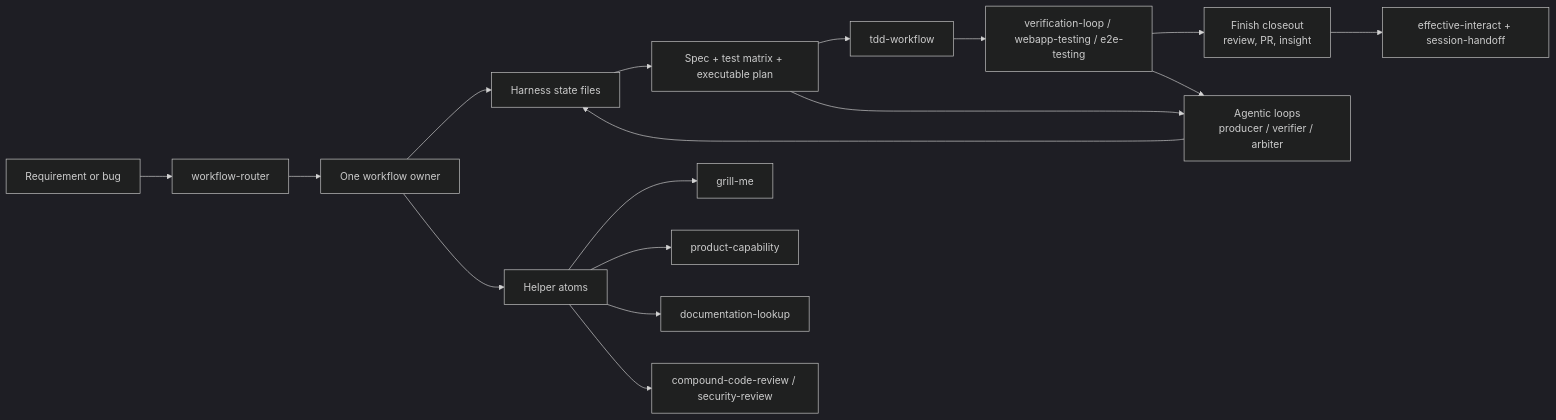
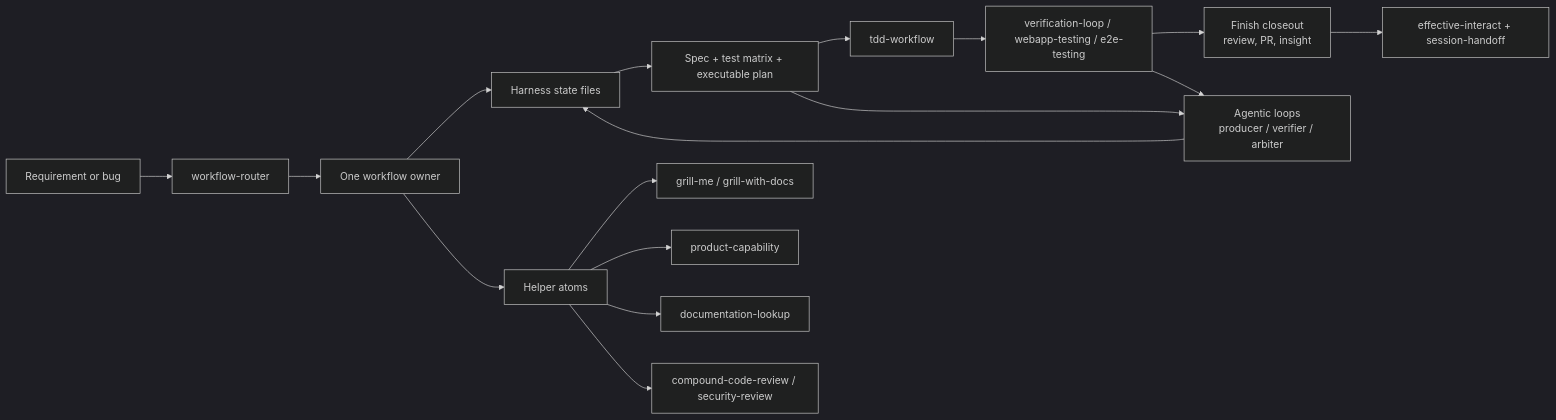
The diagram in docs/development-workflow.md (JasonxzWen/harness-hub), drawn with Mermaid (dark theme) before and after one commit. The commit also changed other lines of this file and 36 other files, not shown here.

````diff
--- a/docs/development-workflow.md
+++ b/docs/development-workflow.md
@@ -23,20 +33,20 @@
 ```mermaid
 flowchart LR
   Need["Requirement or bug"] --> Router["workflow-router"]
   Router --> Owner["One workflow owner"]
   Owner --> State["Harness state files"]
   State --> Plan["Spec + test matrix + executable plan"]
   Plan --> TDD["tdd-workflow"]
   TDD --> Verify["verification-loop / webapp-testing / e2e-testing"]
   Verify --> Closeout["Finish closeout<br/>review, PR, insight"]
   Closeout --> Handoff["effective-interact + session-handoff"]
   Plan --> Loops["Agentic loops<br/>producer / verifier / arbiter"]
   Verify --> Loops
   Loops --> State
 
   Owner --> Helpers["Helper atoms"]
-  Helpers --> Grill["grill-me"]
+  Helpers --> Grill["grill-me / grill-with-docs"]
   Helpers --> Capability["product-capability"]
   Helpers --> Docs["documentation-lookup"]
   Helpers --> Review["compound-code-review / security-review"]
 ```
````
